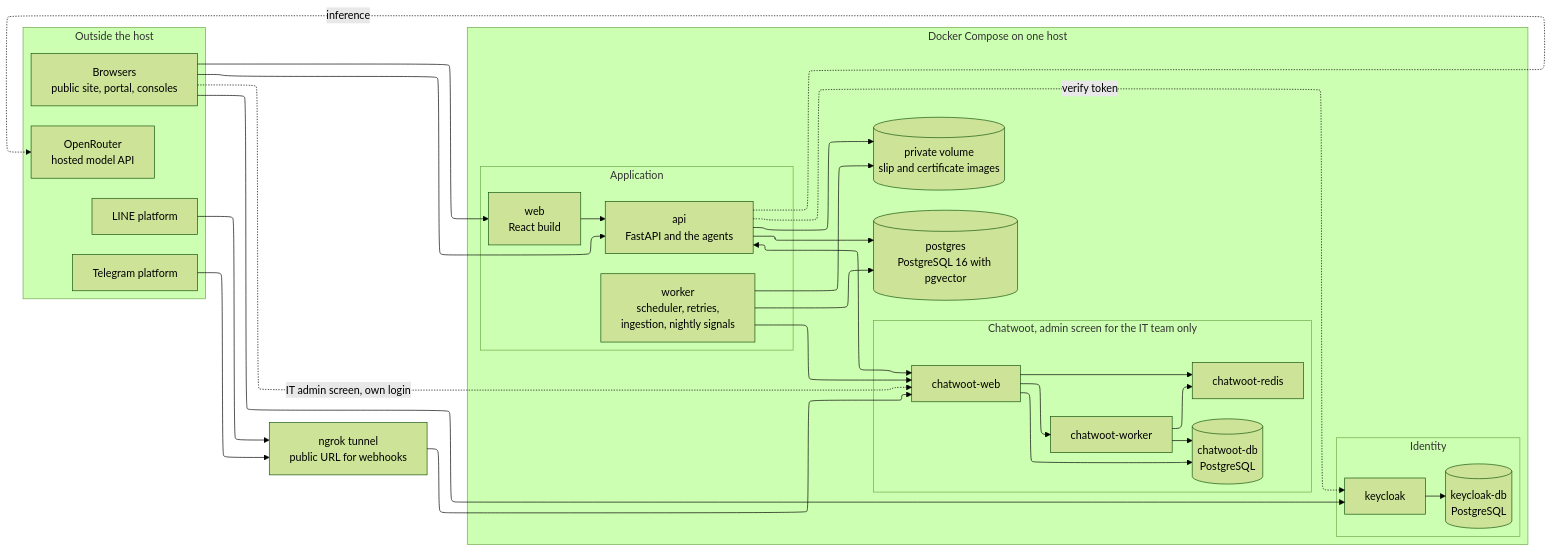
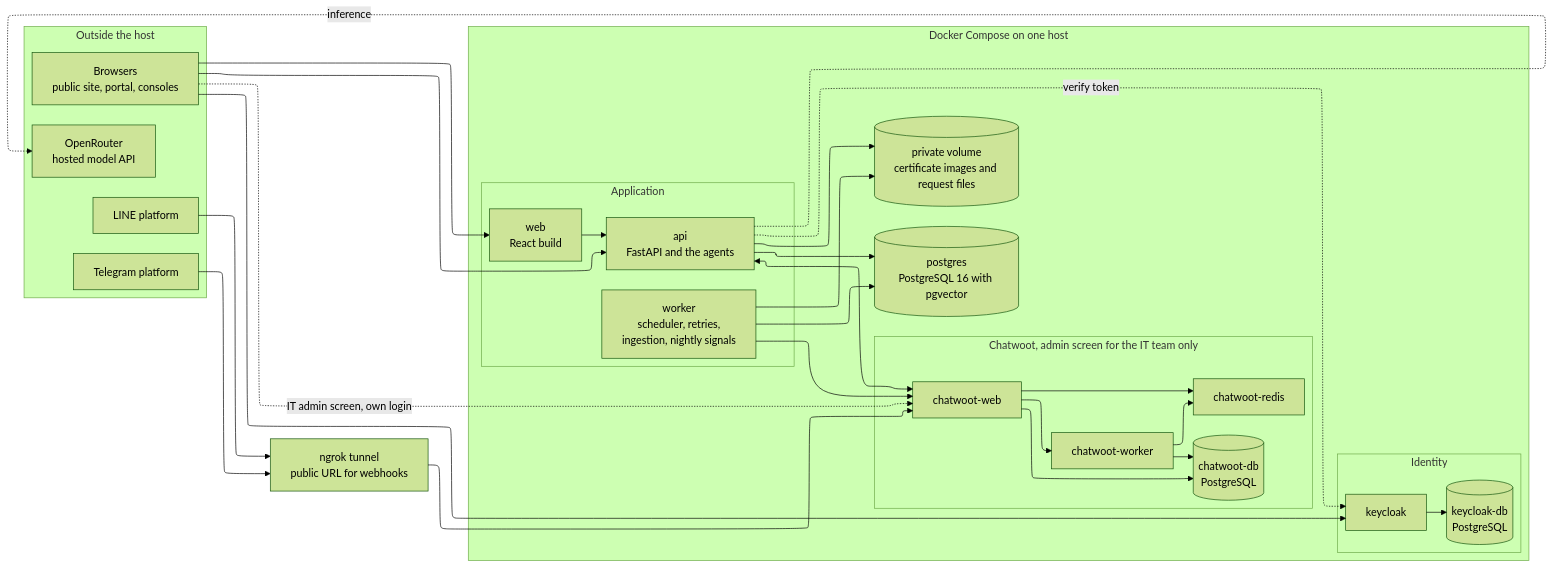
One commit to SaiWaiYanLynn/smart-university-website changed the tenth of 11 diagrams in design/diagrams/diagrams-source.md. Above: the diagram before and after it, drawn with Mermaid (forest theme). The commit also changed other lines of this file and 27 other files, not shown here.

Commit message:
Add README, feasibility report v3 and updated diagrams

````diff
--- a/design/diagrams/diagrams-source.md
+++ b/design/diagrams/diagrams-source.md
@@ -911,58 +894,58 @@
 ```mermaid
 ---
 config:
   layout: elk
 ---
 flowchart LR
   subgraph Outside["Outside the host"]
     BR["Browsers<br/>public site, portal, consoles"]
     LINEP["LINE platform"]
     TGP["Telegram platform"]
     ORP["OpenRouter<br/>hosted model API"]
   end
 
   NG["ngrok tunnel<br/>public URL for webhooks"]
 
   subgraph Host["Docker Compose on one host"]
     subgraph App["Application"]
       WEB["web<br/>React build"]
       API["api<br/>FastAPI and the agents"]
       WRK["worker<br/>scheduler, retries,<br/>ingestion, nightly signals"]
     end
     subgraph Chat["Chatwoot, admin screen for the IT team only"]
       CWW["chatwoot-web"]
       CWK["chatwoot-worker"]
       CWR["chatwoot-redis"]
       CWD[("chatwoot-db<br/>PostgreSQL")]
     end
     subgraph Ident["Identity"]
       KC["keycloak"]
       KCD[("keycloak-db<br/>PostgreSQL")]
     end
     PG[("postgres<br/>PostgreSQL 16 with pgvector")]
-    VOL[("private volume<br/>slip and certificate images")]
+    VOL[("private volume<br/>certificate images and request files")]
   end
 
   BR --> WEB
   BR --> API
   BR --> KC
   BR -. "IT admin screen, own login" .-> CWW
   WEB --> API
   API -. verify token .-> KC
   KC --> KCD
   API --> PG
   WRK --> PG
   API --> VOL
   WRK --> VOL
   API <--> CWW
   WRK --> CWW
   CWW --> CWK
   CWW --> CWR
   CWW --> CWD
   CWK --> CWR
   CWK --> CWD
   LINEP --> NG
   TGP --> NG
   NG --> CWW
   API -. inference .-> ORP
 ```
````
